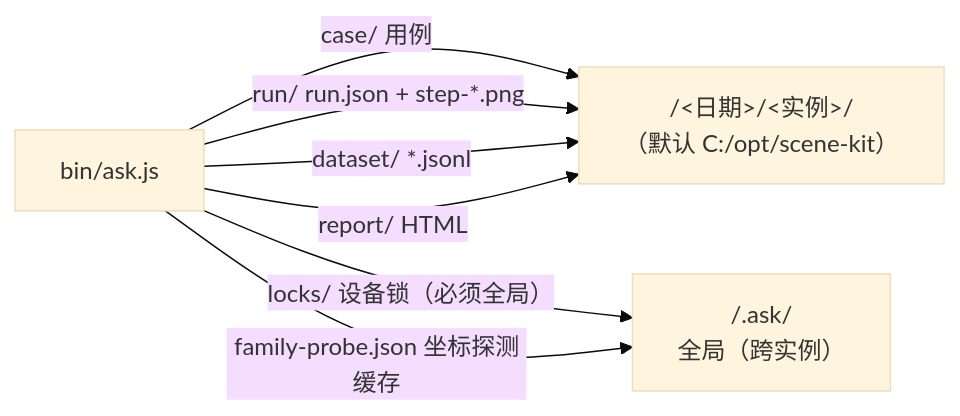
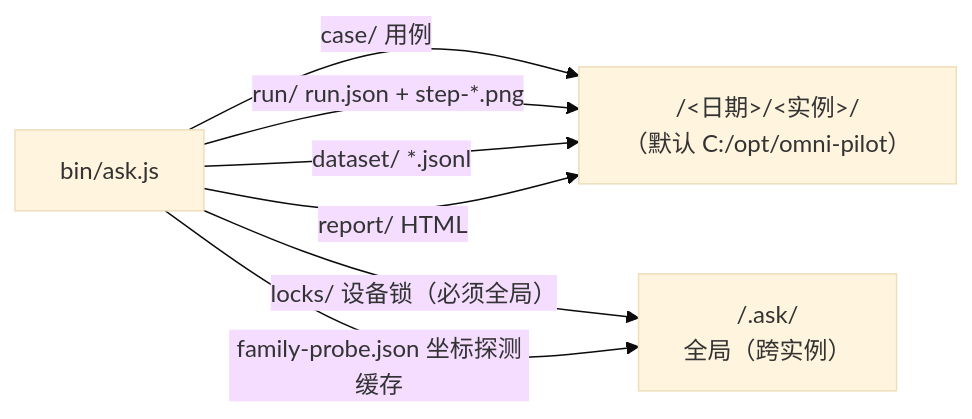
One commit to lycodeing/omnipilot changed the fifth of 6 diagrams in docs/ARCHITECTURE.md. Above: the diagram before and after it, drawn with Mermaid (base theme). The commit also changed other lines of this file and 15 other files, not shown here.

First line of the commit message:
refactor: 项目更名为 OmniPilot

````diff
--- a/docs/ARCHITECTURE.md
+++ b/docs/ARCHITECTURE.md
@@ -202,13 +202,13 @@
 ```mermaid
 flowchart LR
   CLI["bin/ask.js"]
-  WS["<ASK_HOME>/<日期>/<实例>/<br/>（默认 C:/opt/scene-kit）"]
+  WS["<ASK_HOME>/<日期>/<实例>/<br/>（默认 C:/opt/omni-pilot）"]
   G["<ASK_HOME>/.ask/<br/>全局（跨实例）"]
 
   CLI -->|"case/ 用例"| WS
   CLI -->|"run/ run.json + step-*.png"| WS
   CLI -->|"dataset/ *.jsonl"| WS
   CLI -->|"report/ HTML"| WS
   CLI -->|"locks/ 设备锁（必须全局）"| G
   CLI -->|"family-probe.json 坐标探测缓存"| G
 ```
````
